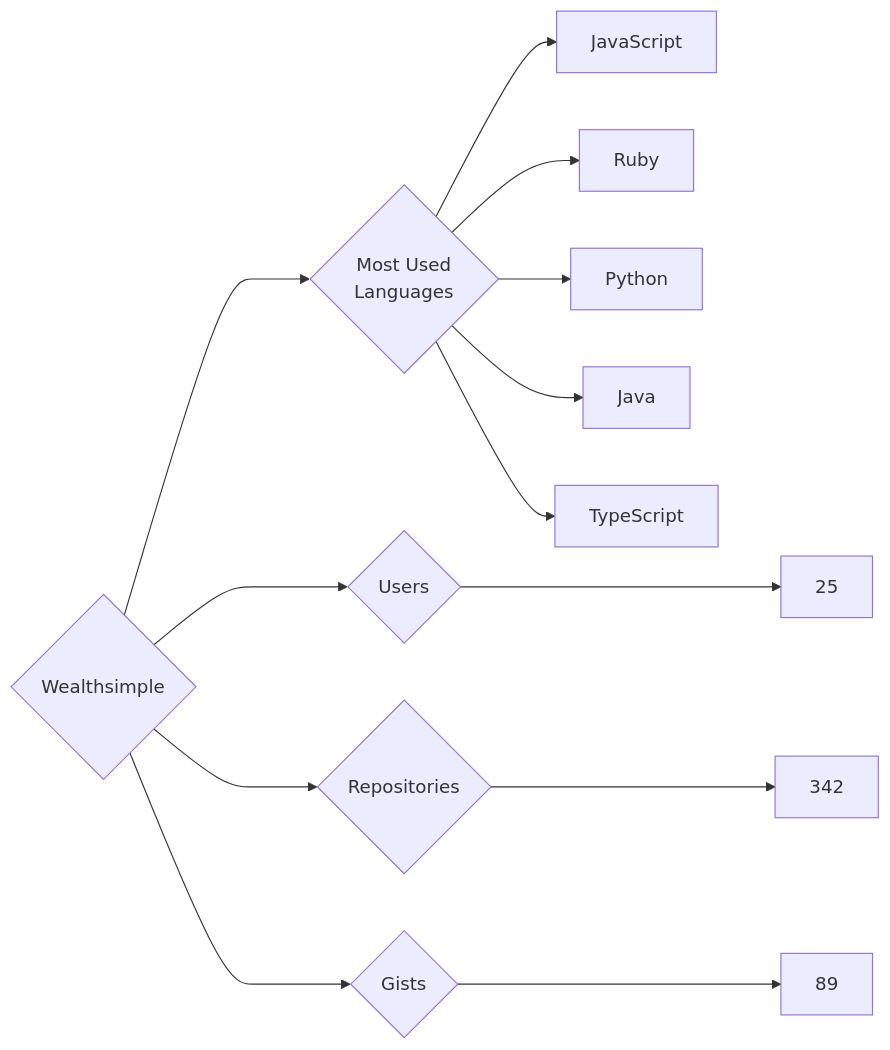
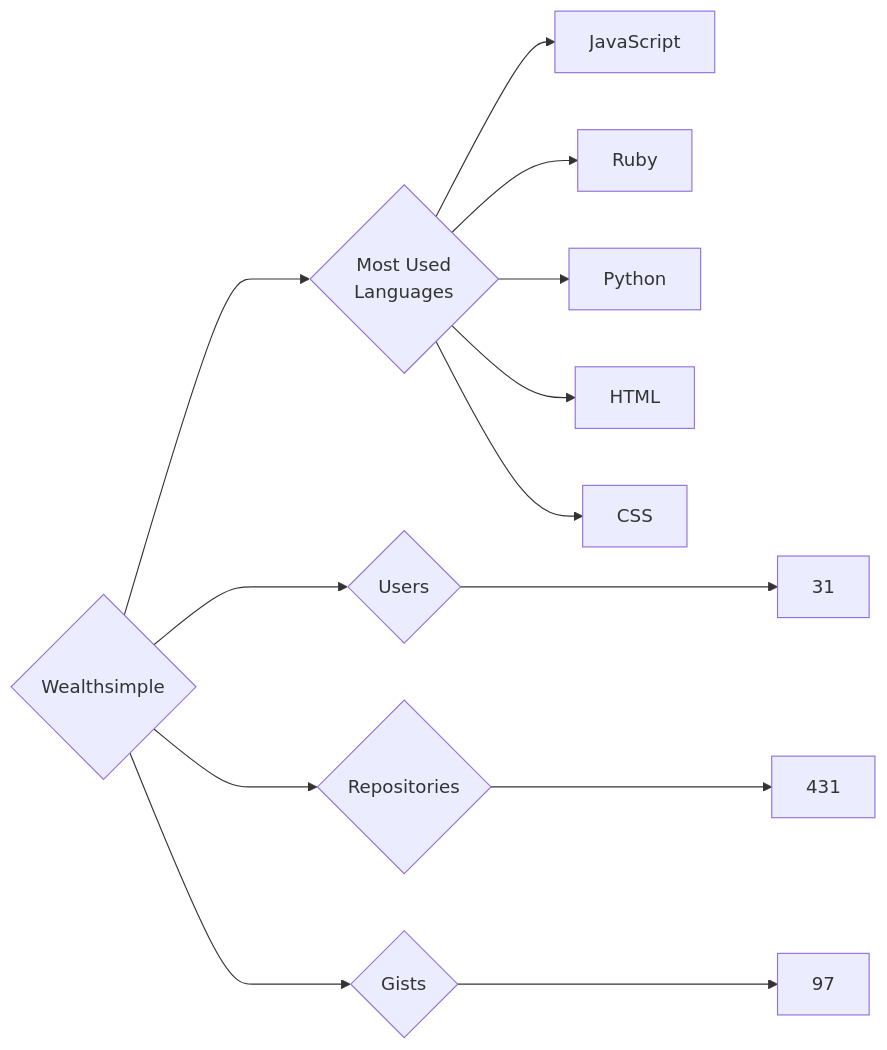
One commit to trickest/insiders changed the diagram in targets/Wealthsimple/README.md. Above: the diagram before and after it, drawn with Mermaid. The commit also changed 1479 other files, not shown here.

````diff
--- a/targets/Wealthsimple/README.md
+++ b/targets/Wealthsimple/README.md
@@ -3,13 +3,13 @@
 ```mermaid
 graph LR
 COMPANY_NAME{Wealthsimple}
-COMPANY_NAME ---> U{Users} ---> UN[25]
-COMPANY_NAME ---> R{Repositories} ---> RN[342]
-COMPANY_NAME ---> G{Gists} ---> GN[89]
+COMPANY_NAME ---> U{Users} ---> UN[31]
+COMPANY_NAME ---> R{Repositories} ---> RN[431]
+COMPANY_NAME ---> G{Gists} ---> GN[97]
 COMPANY_NAME ---> ML{Most Used<br>Languages}
 ML --> JavaScript[JavaScript]
 ML --> Ruby[Ruby]
 ML --> Python[Python]
-ML --> Java[Java]
-ML --> TypeScript[TypeScript]
+ML --> HTML[HTML]
+ML --> CSS[CSS]
 ```
````
